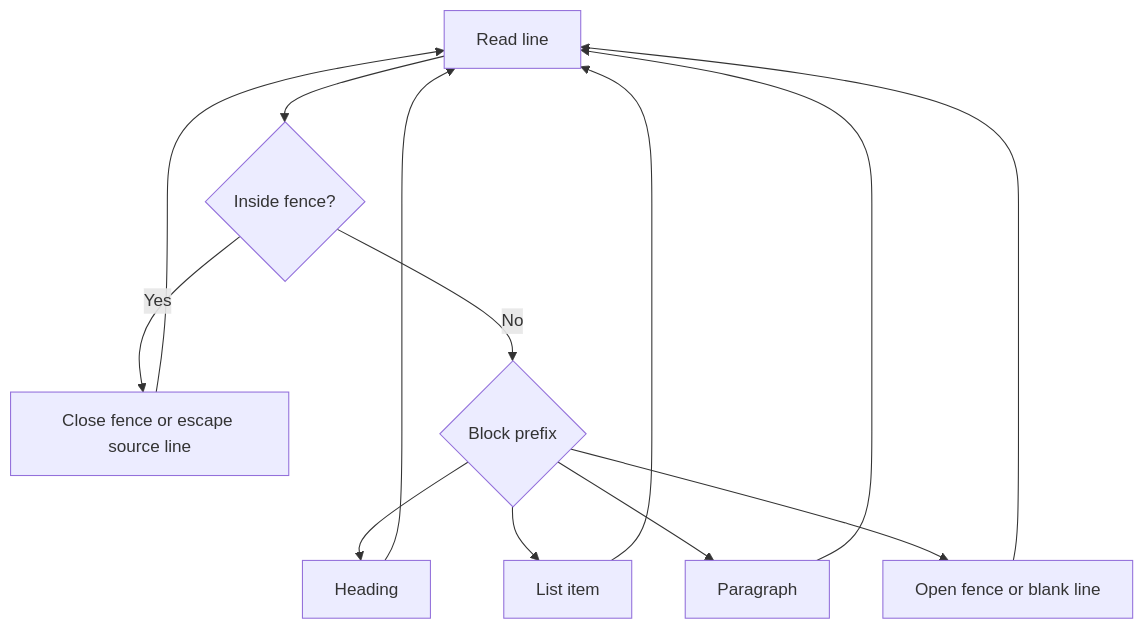
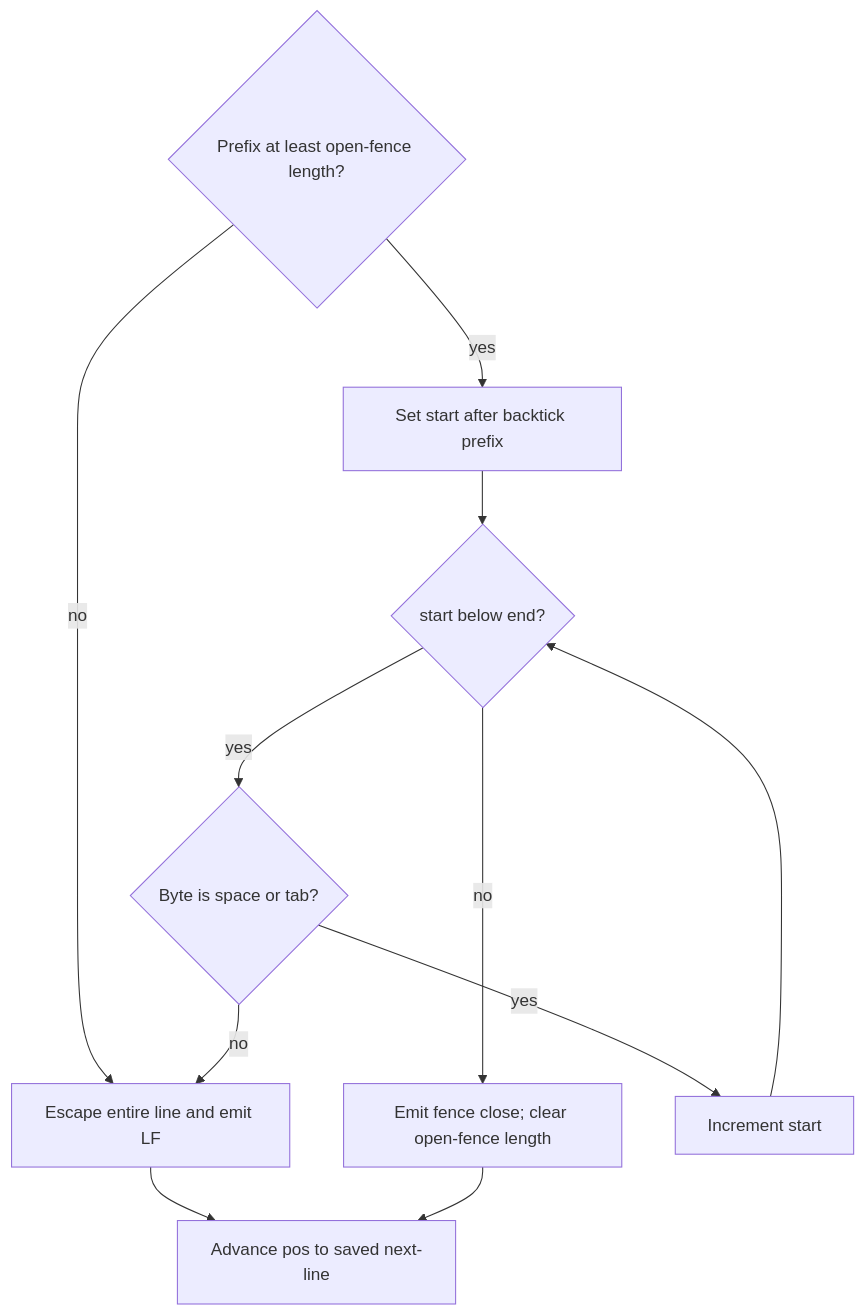
Before and after one commit to macchiato-dev/macchiato: the second of 3 diagrams in dev/microwasm/renderer/04-blocks.md, drawn with Mermaid. The commit also changed other lines of this file and 5 other files, not shown here.

````diff
--- a/dev/microwasm/renderer/04-blocks.md
+++ b/dev/microwasm/renderer/04-blocks.md
@@ -63,15 +110,13 @@
 ```mermaid
 flowchart TD
-    A[Read line] --> F{Inside fence?}
-    F -- Yes --> C[Close fence or escape source line]
-    F -- No --> B{Block prefix}
-    B --> H[Heading]
-    B --> L[List item]
-    B --> P[Paragraph]
-    B --> O[Open fence or blank line]
-    H --> A
-    L --> A
-    P --> A
-    O --> A
-    C --> A
+    A{Prefix at least open-fence length?} -- no --> S[Escape entire line and emit LF]
+    A -- yes --> P[Set start after backtick prefix]
+    P --> B{start below end?}
+    B -- no --> C[Emit fence close; clear open-fence length]
+    B -- yes --> W{Byte is space or tab?}
+    W -- yes --> I[Increment start]
+    I --> B
+    W -- no --> S
+    S --> N[Advance pos to saved next-line]
+    C --> N
 ```
````
